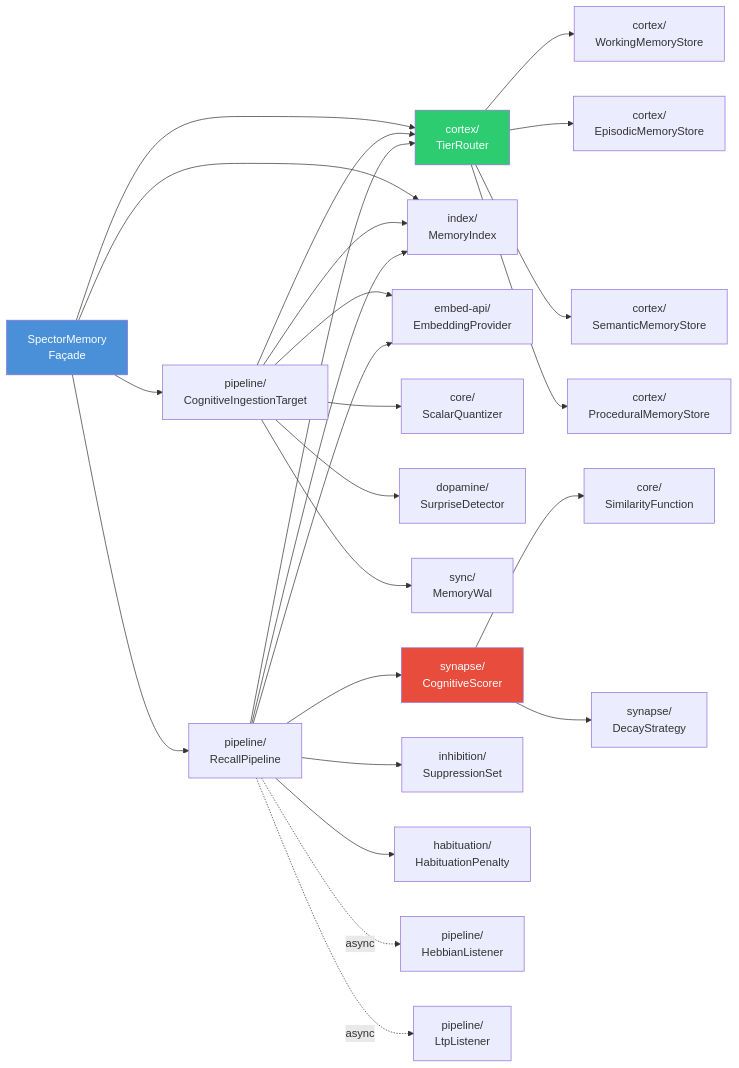
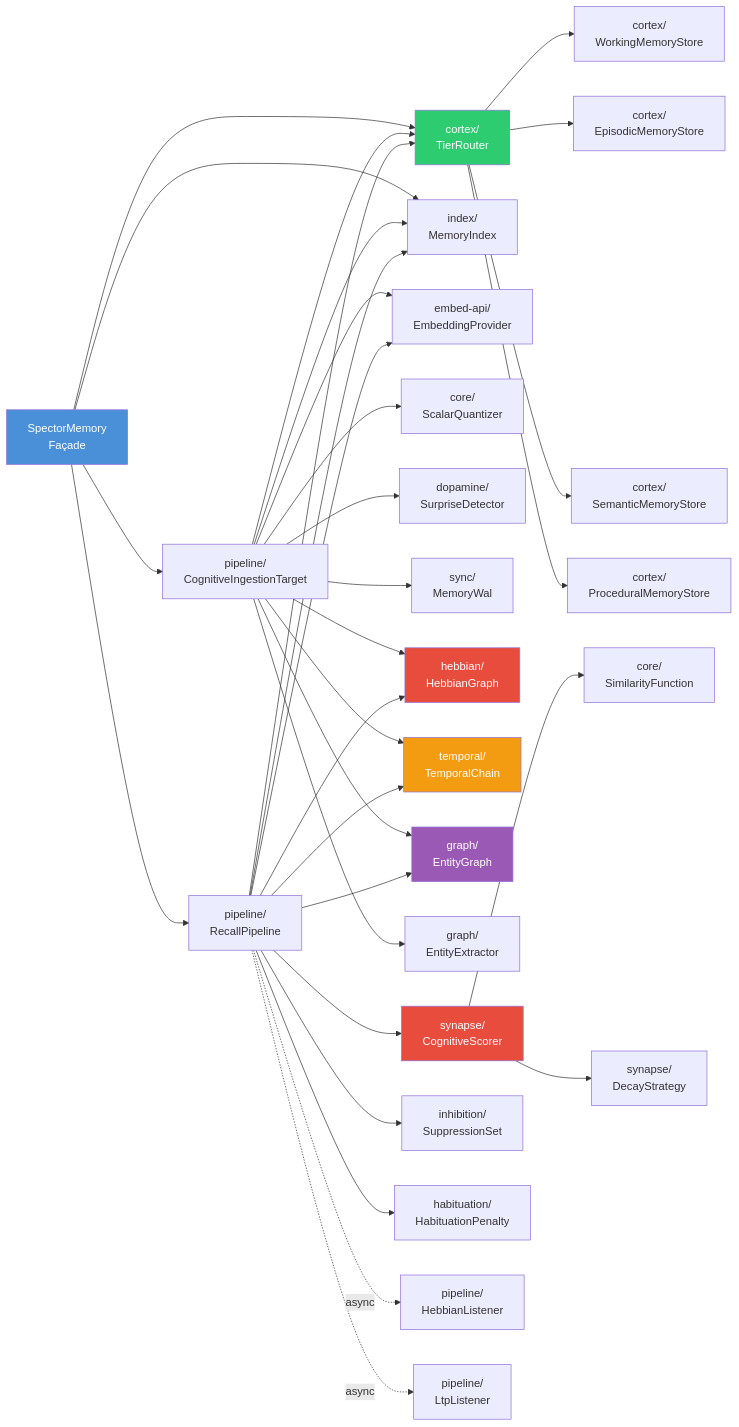
Before and after one commit to spectrayan/spector: the third of 3 diagrams in docs/docs/memory/architecture.md, drawn with Mermaid. The commit also changed other lines of this file and 4 other files, not shown here.

First line of the commit message:
docs: update memory documentation for 3-Layer Cognitive Graph

````diff
--- a/docs/docs/memory/architecture.md
+++ b/docs/docs/memory/architecture.md
@@ -147,36 +180,46 @@
 ```mermaid
 graph LR
     SM[SpectorMemory<br/>Façade] --> CT[pipeline/<br/>CognitiveIngestionTarget]
     SM --> RP[pipeline/<br/>RecallPipeline]
     SM --> TR[cortex/<br/>TierRouter]
     SM --> MI[index/<br/>MemoryIndex]
     
     CT --> EP[embed-api/<br/>EmbeddingProvider]
     CT --> SQ[core/<br/>ScalarQuantizer]
     CT --> SD[dopamine/<br/>SurpriseDetector]
     CT --> TR
     CT --> MI
     CT --> WAL[sync/<br/>MemoryWal]
+    CT --> HG[hebbian/<br/>HebbianGraph]
+    CT --> TC[temporal/<br/>TemporalChain]
+    CT --> EG[graph/<br/>EntityGraph]
+    CT --> EX[graph/<br/>EntityExtractor]
     
     RP --> EP
     RP --> CS[synapse/<br/>CognitiveScorer]
     RP --> TR
     RP --> MI
     RP --> SS[inhibition/<br/>SuppressionSet]
     RP --> HP[habituation/<br/>HabituationPenalty]
+    RP --> HG
+    RP --> TC
+    RP --> EG
     
     CS --> SF[core/<br/>SimilarityFunction]
     CS --> DS[synapse/<br/>DecayStrategy]
     
     TR --> WM[cortex/<br/>WorkingMemoryStore]
     TR --> EM[cortex/<br/>EpisodicMemoryStore]
     TR --> SE[cortex/<br/>SemanticMemoryStore]
     TR --> PR[cortex/<br/>ProceduralMemoryStore]
     
     RP -.->|async| HL[pipeline/<br/>HebbianListener]
     RP -.->|async| LL[pipeline/<br/>LtpListener]
     
     style SM fill:#4a90d9,color:white
     style CS fill:#e74c3c,color:white
     style TR fill:#2ecc71,color:white
+    style HG fill:#e74c3c,color:white
+    style EG fill:#9b59b6,color:white
+    style TC fill:#f39c12,color:white
 ```
````
